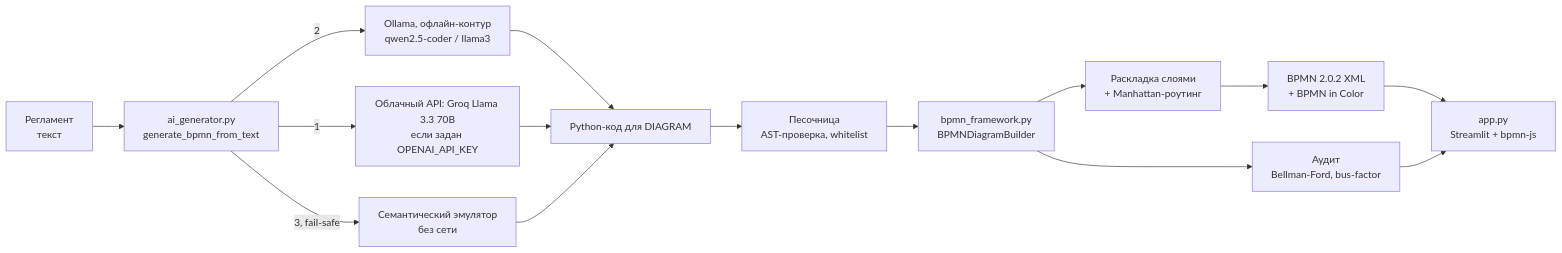
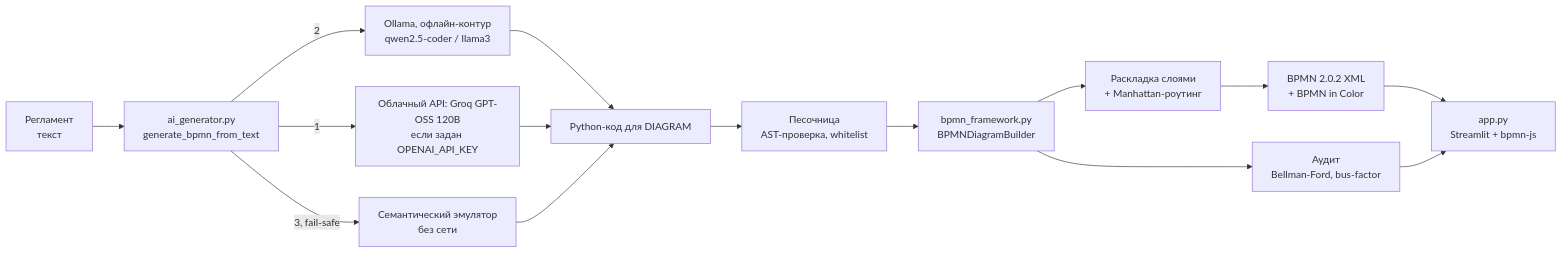
Before and after one commit to arsiboats-svg/arkhitektor-bpmn-diagramm: the diagram in README.md, drawn with Mermaid. The commit also changed other lines of this file and 2 other files, not shown here.

First line of the commit message:
fix: Groq — модель openai/gpt-oss-120b вместо снятой с бесплатного тарифа llama-3.3-70b

````diff
--- a/README.md
+++ b/README.md
@@ -63,17 +63,17 @@
 ```mermaid
 flowchart LR
     U[Регламент<br/>текст] --> AI[ai_generator.py<br/>generate_bpmn_from_text]
-    AI -->|1| OA[Облачный API: Groq Llama 3.3 70B<br/>если задан OPENAI_API_KEY]
+    AI -->|1| OA[Облачный API: Groq GPT-OSS 120B<br/>если задан OPENAI_API_KEY]
     AI -->|2| OL[Ollama, офлайн-контур<br/>qwen2.5-coder / llama3]
     AI -->|3, fail-safe| EM[Семантический эмулятор<br/>без сети]
     OL --> CODE[Python-код для DIAGRAM]
     OA --> CODE
     EM --> CODE
     CODE --> SB[Песочница<br/>AST-проверка, whitelist]
     SB --> FW[bpmn_framework.py<br/>BPMNDiagramBuilder]
     FW --> L[Раскладка слоями<br/>+ Manhattan-роутинг]
     FW --> A[Аудит<br/>Bellman-Ford, bus-factor]
     L --> X[BPMN 2.0.2 XML<br/>+ BPMN in Color]
     X --> UI[app.py<br/>Streamlit + bpmn-js]
     A --> UI
 ```
````
